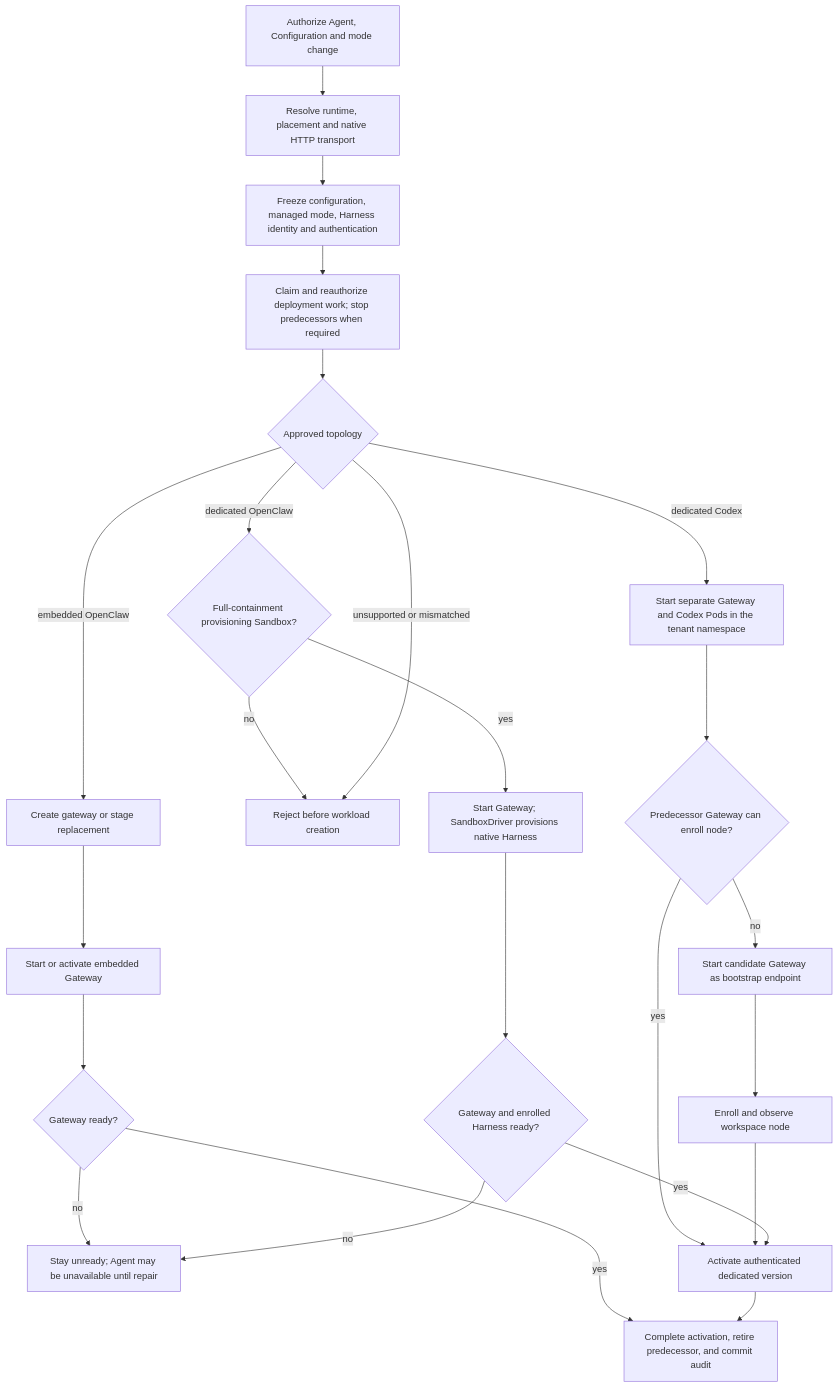
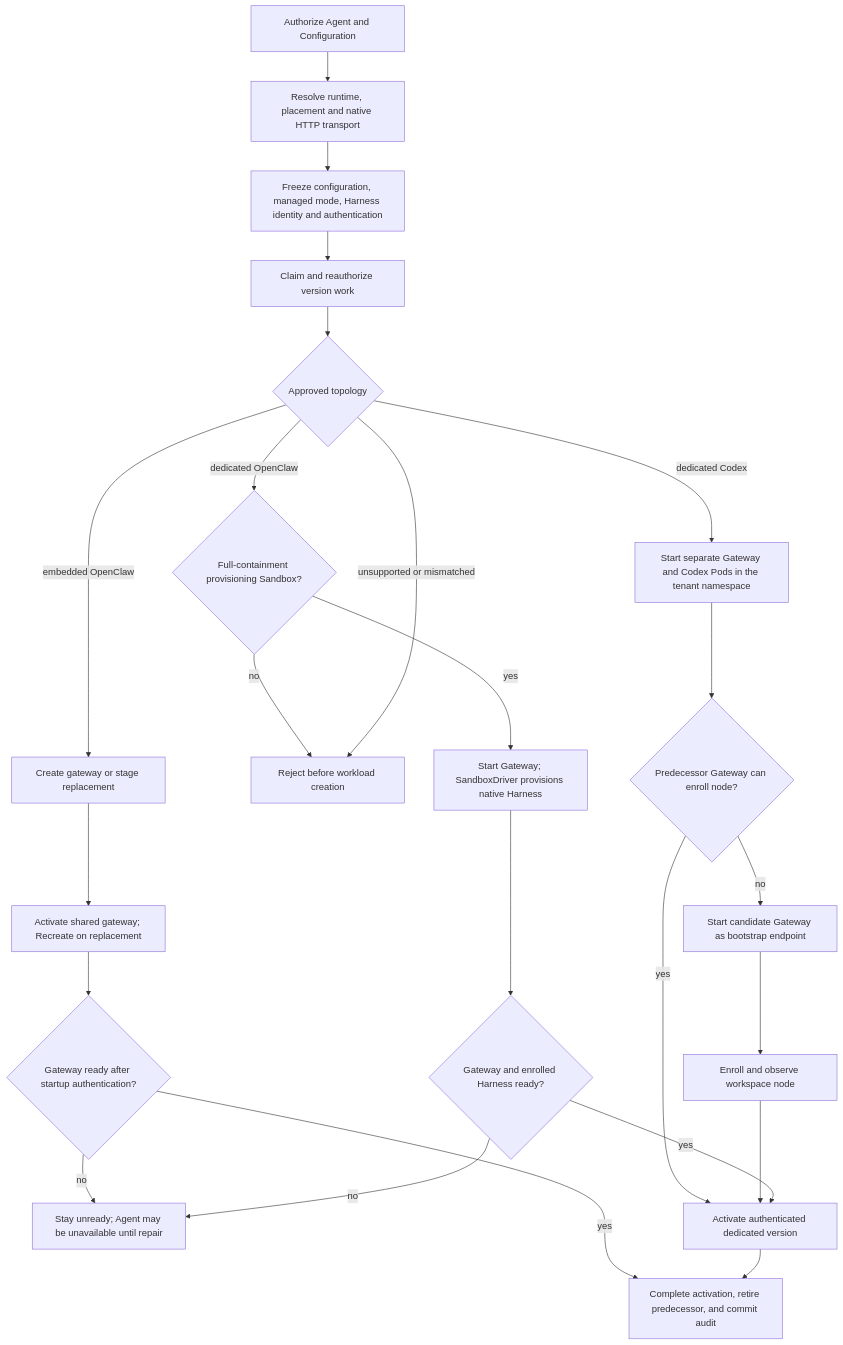
Before and after one commit to anmol0b/openclaw-enterprise: the diagram in docs/flows/harness-execution-topology.md, drawn with Mermaid. The commit also changed other lines of this file and 63 other files, not shown here.

Commit message:
refactor: simplify Gateway managed mode deployment

````diff
--- a/docs/flows/harness-execution-topology.md
+++ b/docs/flows/harness-execution-topology.md
@@ -26,26 +26,26 @@
 ```mermaid
 graph TD
-  A["Authorize Agent, Configuration and mode change"] --> B["Resolve runtime, placement and native HTTP transport"]
+  A["Authorize Agent and Configuration"] --> B["Resolve runtime, placement and native HTTP transport"]
   B --> C["Freeze configuration, managed mode, Harness identity and authentication"]
-  C --> D["Claim and reauthorize deployment work; stop predecessors when required"]
+  C --> D["Claim and reauthorize version work"]
   D --> E{"Approved topology"}
   E -->|embedded OpenClaw| F["Create gateway or stage replacement"]
   E -->|dedicated Codex| G["Start separate Gateway and Codex Pods in the tenant namespace"]
   E -->|dedicated OpenClaw| Q{"Full-containment provisioning Sandbox?"}
   Q -->|no| H
   Q -->|yes| R["Start Gateway; SandboxDriver provisions native Harness"]
   E -->|unsupported or mismatched| H["Reject before workload creation"]
-  F --> I["Start or activate embedded Gateway"]
-  I --> K{"Gateway ready?"}
+  F --> I["Activate shared gateway; Recreate on replacement"]
+  I --> K{"Gateway ready after startup authentication?"}
   K -->|no| L["Stay unready; Agent may be unavailable until repair"]
   K -->|yes| J["Complete activation, retire predecessor, and commit audit"]
   G --> N{"Predecessor Gateway can enroll node?"}
   N -->|yes| M["Activate authenticated dedicated version"]
   N -->|no| O["Start candidate Gateway as bootstrap endpoint"]
   O --> P["Enroll and observe workspace node"]
   P --> M
   R --> S{"Gateway and enrolled Harness ready?"}
   S -->|no| L
   S -->|yes| M
   M --> J
 ```
````
